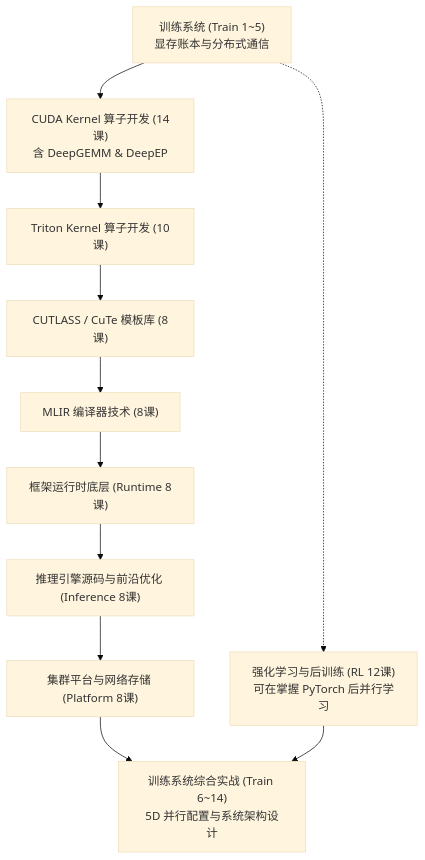
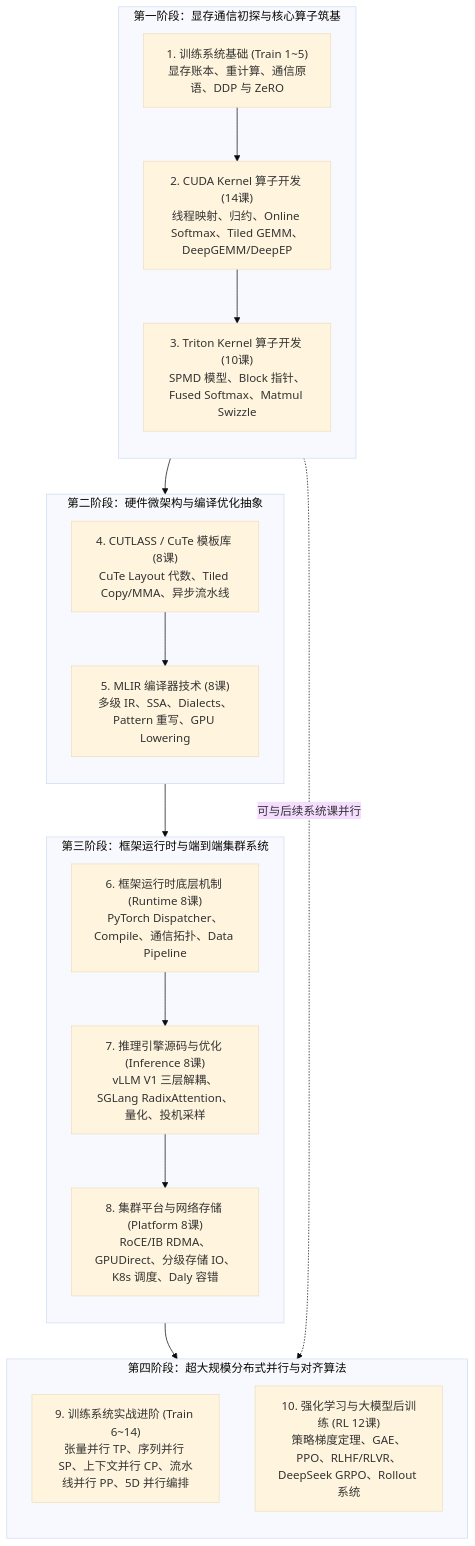
One commit to hsthanb4/hpclearning changed the diagram in index.qmd. Above: the diagram before and after it, drawn with Mermaid (base theme). The commit also changed other lines of this file and 1 other file, not shown here.

````diff
--- a/index.qmd
+++ b/index.qmd
@@ -40,14 +31,34 @@
 ```{mermaid}
 flowchart TD
-    A["训练系统 (Train 1~5)<br>显存账本与分布式通信"] --> B["CUDA Kernel 算子开发 (14课)<br>含 DeepGEMM & DeepEP"]
-    B --> C["Triton Kernel 算子开发 (10课)"]
-    C --> D["CUTLASS / CuTe 模板库 (8课)"]
-    D --> E["MLIR 编译器技术 (8课)"]
-    E --> F["框架运行时底层 (Runtime 8课)"]
-    F --> G["推理引擎源码与前沿优化 (Inference 8课)"]
-    G --> H["集群平台与网络存储 (Platform 8课)"]
+    subgraph Phase1["第一阶段：显存通信初探与核心算子筑基"]
+        direction TB
+        P1_Train["1. 训练系统基础 (Train 1~5)<br>显存账本、重计算、通信原语、DDP 与 ZeRO"]
+        P1_CUDA["2. CUDA Kernel 算子开发 (14课)<br>线程映射、归约、Online Softmax、Tiled GEMM、DeepGEMM/DeepEP"]
+        P1_Triton["3. Triton Kernel 算子开发 (10课)<br>SPMD 模型、Block 指针、Fused Softmax、Matmul Swizzle"]
+        P1_Train --> P1_CUDA --> P1_Triton
+    end
 
-    A -.-> I["强化学习与后训练 (RL 12课)<br>可在掌握 PyTorch 后并行学习"]
-    H --> J["训练系统综合实战 (Train 6~14)<br>5D 并行配置与系统架构设计"]
-    I --> J
+    subgraph Phase2["第二阶段：硬件微架构与编译优化抽象"]
+        direction TB
+        P2_CUTLASS["4. CUTLASS / CuTe 模板库 (8课)<br>CuTe Layout 代数、Tiled Copy/MMA、异步流水线"]
+        P2_MLIR["5. MLIR 编译器技术 (8课)<br>多级 IR、SSA、Dialects、Pattern 重写、GPU Lowering"]
+        P2_CUTLASS --> P2_MLIR
+    end
+
+    subgraph Phase3["第三阶段：框架运行时与端到端集群系统"]
+        direction TB
+        P3_Runtime["6. 框架运行时底层机制 (Runtime 8课)<br>PyTorch Dispatcher、Compile、通信拓扑、Data Pipeline"]
+        P3_Inference["7. 推理引擎源码与优化 (Inference 8课)<br>vLLM V1 三层解耦、SGLang RadixAttention、量化、投机采样"]
+        P3_Platform["8. 集群平台与网络存储 (Platform 8课)<br>RoCE/IB RDMA、GPUDirect、分级存储 IO、K8s 调度、Daly 容错"]
+        P3_Runtime --> P3_Inference --> P3_Platform
+    end
+
+    subgraph Phase4["第四阶段：超大规模分布式并行与对齐算法"]
+        direction TB
+        P4_Train["9. 训练系统实战进阶 (Train 6~14)<br>张量并行 TP、序列并行 SP、上下文并行 CP、流水线并行 PP、5D 并行编排"]
+        P4_RL["10. 强化学习与大模型后训练 (RL 12课)<br>策略梯度定理、GAE、PPO、RLHF/RLVR、DeepSeek GRPO、Rollout 系统"]
+    end
+
+    Phase1 --> Phase2 --> Phase3 --> Phase4
+    P1_Train -.->|"可与后续系统课并行"| P4_RL
 ```
````
